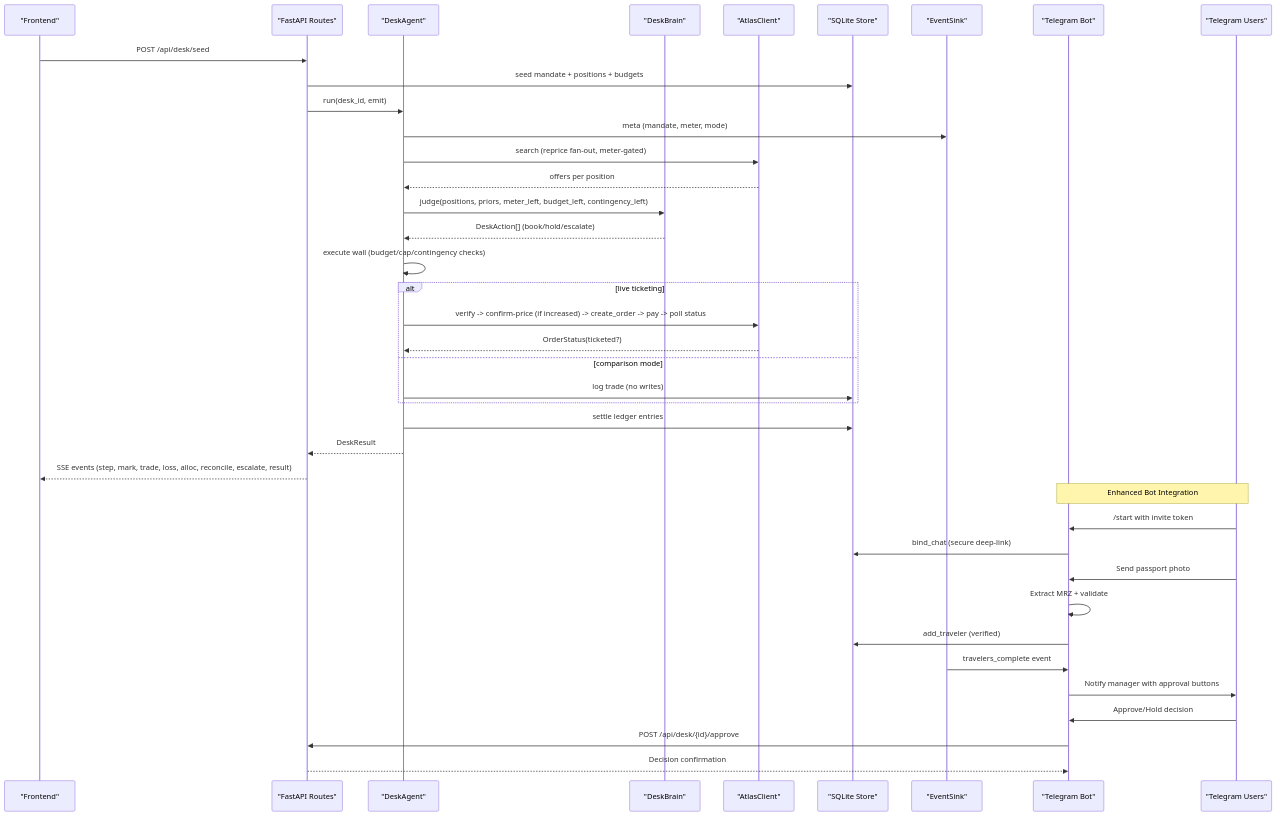
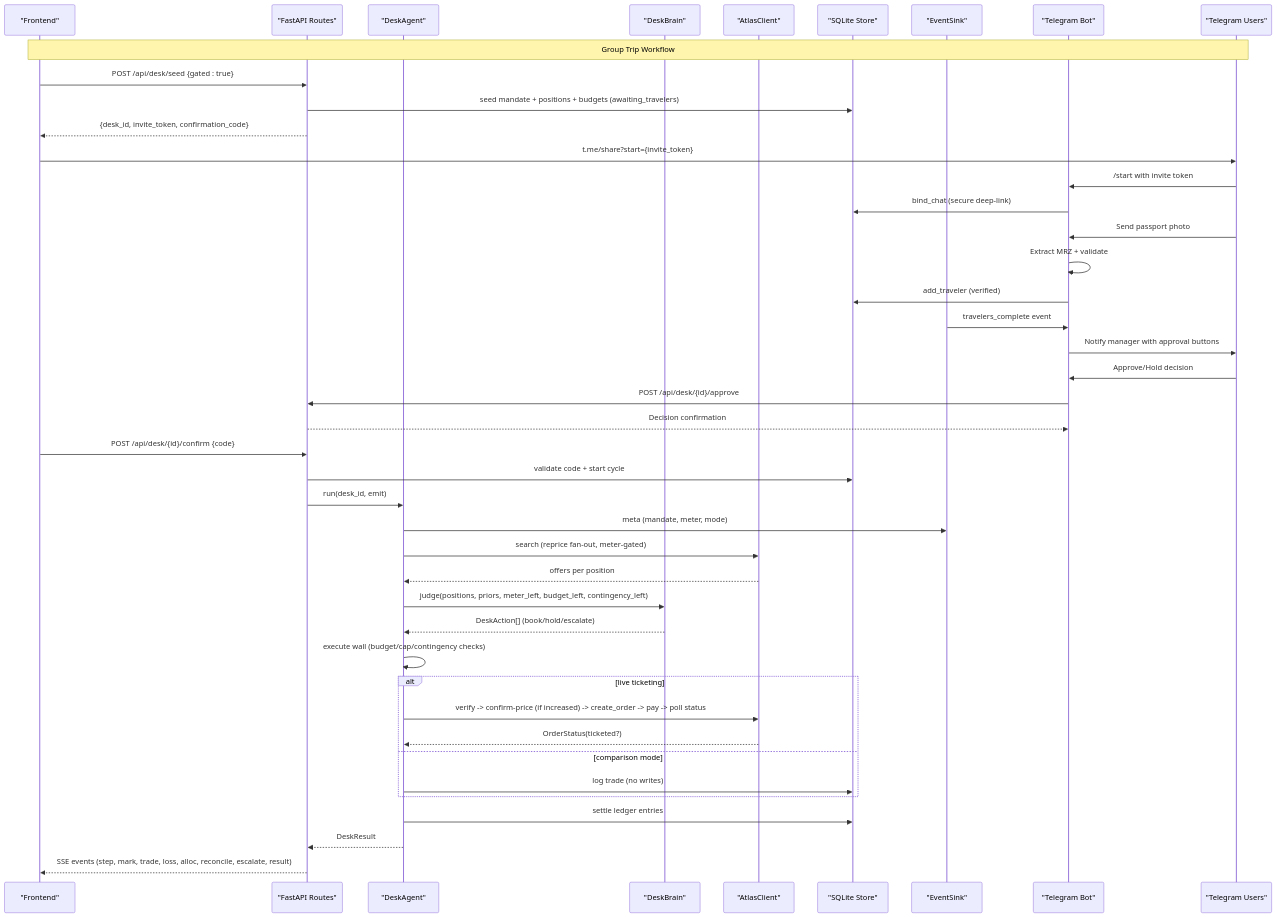
The second of 12 diagrams in .qoder/repowiki/en/content/Program Design/Waybot Overview.md (jaydonnnk/waypoint), drawn with Mermaid before and after one commit. The commit also changed other lines of this file and 9 other files, not shown here.

````diff
--- a/.qoder/repowiki/en/content/Program Design/Waybot Overview.md
+++ b/.qoder/repowiki/en/content/Program Design/Waybot Overview.md
@@ -148,41 +172,45 @@
 ```mermaid
 sequenceDiagram
 participant FE as "Frontend"
 participant API as "FastAPI Routes"
 participant AG as "DeskAgent"
 participant BR as "DeskBrain"
 participant AT as "AtlasClient"
 participant DB as "SQLite Store"
 participant EV as "EventSink"
 participant BOT as "Telegram Bot"
 participant TG as "Telegram Users"
-FE->>API : POST /api/desk/seed
-API->>DB : seed mandate + positions + budgets
+Note over FE,TG : Group Trip Workflow
+FE->>API : POST /api/desk/seed {gated : true}
+API->>DB : seed mandate + positions + budgets (awaiting_travelers)
+API-->>FE : {desk_id, invite_token, confirmation_code}
+FE->>TG : t.me/share?start={invite_token}
+TG->>BOT : /start with invite token
+BOT->>DB : bind_chat (secure deep-link)
+TG->>BOT : Send passport photo
+BOT->>BOT : Extract MRZ + validate
+BOT->>DB : add_traveler (verified)
+EV->>BOT : travelers_complete event
+BOT->>TG : Notify manager with approval buttons
+TG->>BOT : Approve/Hold decision
+BOT->>API : POST /api/desk/{id}/approve
+API-->>BOT : Decision confirmation
+FE->>API : POST /api/desk/{id}/confirm {code}
+API->>DB : validate code + start cycle
 API->>AG : run(desk_id, emit)
 AG->>EV : meta (mandate, meter, mode)
 AG->>AT : search (reprice fan-out, meter-gated)
 AT-->>AG : offers per position
 AG->>BR : judge(positions, priors, meter_left, budget_left, contingency_left)
 BR-->>AG : DeskAction[] (book/hold/escalate)
 AG->>AG : execute wall (budget/cap/contingency checks)
 alt live ticketing
 AG->>AT : verify -> confirm-price (if increased) -> create_order -> pay -> poll status
 AT-->>AG : OrderStatus(ticketed?)
 else comparison mode
 AG->>DB : log trade (no writes)
 end
 AG->>DB : settle ledger entries
 AG-->>API : DeskResult
 API-->>FE : SSE events (step, mark, trade, loss, alloc, reconcile, escalate, result)
-Note over BOT,TG : Enhanced Bot Integration
-TG->>BOT : /start with invite token
-BOT->>DB : bind_chat (secure deep-link)
-TG->>BOT : Send passport photo
-BOT->>BOT : Extract MRZ + validate
-BOT->>DB : add_traveler (verified)
-EV->>BOT : travelers_complete event
-BOT->>TG : Notify manager with approval buttons
-TG->>BOT : Approve/Hold decision
-BOT->>API : POST /api/desk/{id}/approve
-API-->>BOT : Decision confirmation
 ```
````
